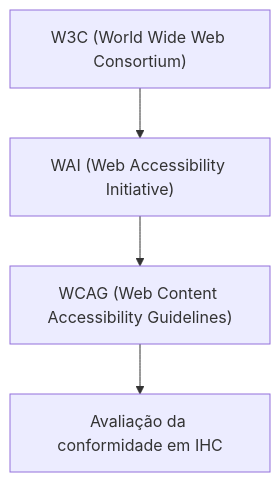
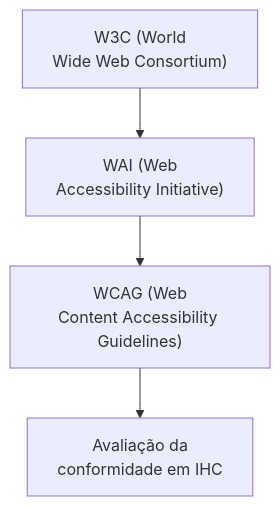
Before and after one commit to leorruas/puc: the first of 3 diagrams in 08. Design de Interacao/22. Avaliação da acessibilidade - diretrizes da wcag e conformidade em sistemas interativos.md, drawn with Mermaid. The commit also changed other lines of this file and 16 other files, not shown here.

Commit message:
style(mermaid): comprehensive audit and optimization of 45 Mermaid blocks across all 22 topic notes

````diff
--- a/08. Design de Interacao/22. Avaliação da acessibilidade - diretrizes da wcag e conformidade em sistemas interativos.md
+++ b/08. Design de Interacao/22. Avaliação da acessibilidade - diretrizes da wcag e conformidade em sistemas interativos.md
@@ -42,6 +42,6 @@
 ```mermaid
 graph TD
-    W3C["W3C (World Wide Web Consortium)"] --> WAI["WAI (Web Accessibility Initiative)"]
-    WAI --> WCAG["WCAG (Web Content Accessibility Guidelines)"]
-    WCAG --> Avaliacao["Avaliação da conformidade em IHC"]
+    W3C["W3C (World<br>Wide Web Consortium)"] --> WAI["WAI (Web<br>Accessibility Initiative)"]
+    WAI --> WCAG["WCAG (Web<br>Content Accessibility Guidelines)"]
+    WCAG --> Avaliacao["Avaliação da<br>conformidade em IHC"]
 ```
````
